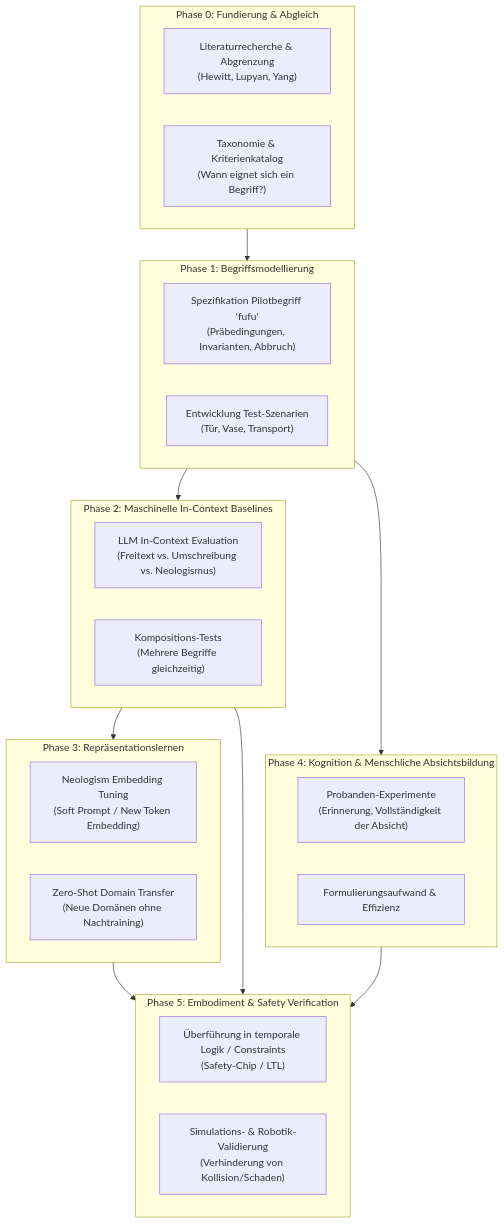
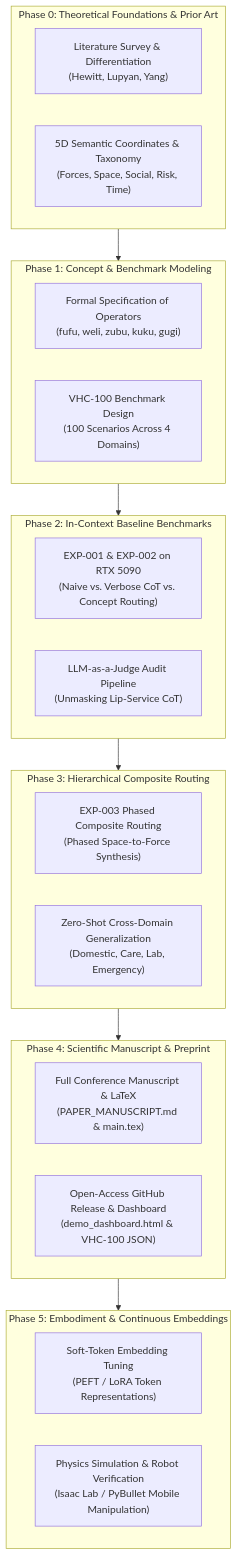
One commit to CodiBasti/LingualCompositeLearning changed the diagram in dev/RESEARCH_MAP.md. Above: the diagram before and after it, drawn with Mermaid. The commit also changed other lines of this file and 46 other files, not shown here.

Commit message:
docs: complete full English internationalization across all documentation, benchmarks, concepts, and reports

````diff
--- a/dev/RESEARCH_MAP.md
+++ b/dev/RESEARCH_MAP.md
@@ -5,40 +5,38 @@
 ```mermaid
 flowchart TD
-    subgraph Phase0["Phase 0: Fundierung & Abgleich"]
-        P0_Lit["Literaturrecherche & Abgrenzung<br/>(Hewitt, Lupyan, Yang)"]
-        P0_Tax["Taxonomie & Kriterienkatalog<br/>(Wann eignet sich ein Begriff?)"]
+    subgraph Phase0["Phase 0: Theoretical Foundations & Prior Art"]
+        P0_Lit["Literature Survey & Differentiation<br/>(Hewitt, Lupyan, Yang)"]
+        P0_Tax["5D Semantic Coordinates & Taxonomy<br/>(Forces, Space, Social, Risk, Time)"]
     end
 
-    subgraph Phase1["Phase 1: Begriffsmodellierung"]
-        P1_Fufu["Spezifikation Pilotbegriff 'fufu'<br/>(Präbedingungen, Invarianten, Abbruch)"]
-        P1_Scen["Entwicklung Test-Szenarien<br/>(Tür, Vase, Transport)"]
+    subgraph Phase1["Phase 1: Concept & Benchmark Modeling"]
+        P1_Fufu["Formal Specification of Operators<br/>(fufu, weli, zubu, kuku, gugi)"]
+        P1_Scen["VHC-100 Benchmark Design<br/>(100 Scenarios Across 4 Domains)"]
     end
 
-    subgraph Phase2["Phase 2: Maschinelle In-Context Baselines"]
-        P2_LLM["LLM In-Context Evaluation<br/>(Freitext vs. Umschreibung vs. Neologismus)"]
-        P2_Comp["Kompositions-Tests<br/>(Mehrere Begriffe gleichzeitig)"]
+    subgraph Phase2["Phase 2: In-Context Baseline Benchmarks"]
+        P2_LLM["EXP-001 & EXP-002 on RTX 5090<br/>(Naive vs. Verbose CoT vs. Concept Routing)"]
+        P2_Comp["LLM-as-a-Judge Audit Pipeline<br/>(Unmasking Lip-Service CoT)"]
     end
 
-    subgraph Phase3["Phase 3: Repräsentationslernen"]
-        P3_Embed["Neologism Embedding Tuning<br/>(Soft Prompt / New Token Embedding)"]
-        P3_Transfer["Zero-Shot Domain Transfer<br/>(Neue Domänen ohne Nachtraining)"]
+    subgraph Phase3["Phase 3: Hierarchical Composite Routing"]
+        P3_Embed["EXP-003 Phased Composite Routing<br/>(Phased Space-to-Force Synthesis)"]
+        P3_Transfer["Zero-Shot Cross-Domain Generalization<br/>(Domestic, Care, Lab, Emergency)"]
     end
 
-    subgraph Phase4["Phase 4: Kognition & Menschliche Absichtsbildung"]
-        P4_Study["Probanden-Experimente<br/>(Erinnerung, Vollständigkeit der Absicht)"]
-        P4_Form["Formulierungsaufwand & Effizienz"]
+    subgraph Phase4["Phase 4: Scientific Manuscript & Preprint"]
+        P4_Study["Full Conference Manuscript & LaTeX<br/>(PAPER_MANUSCRIPT.md & main.tex)"]
+        P4_Form["Open-Access GitHub Release & Dashboard<br/>(demo_dashboard.html & VHC-100 JSON)"]
     end
 
-    subgraph Phase5["Phase 5: Embodiment & Safety Verification"]
-        P5_Logic["Überführung in temporale Logik / Constraints<br/>(Safety-Chip / LTL)"]
-        P5_Sim["Simulations- & Robotik-Validierung<br/>(Verhinderung von Kollision/Schaden)"]
+    subgraph Phase5["Phase 5: Embodiment & Continuous Embeddings"]
+        P5_Logic["Soft-Token Embedding Tuning<br/>(PEFT / LoRA Token Representations)"]
+        P5_Sim["Physics Simulation & Robot Verification<br/>(Isaac Lab / PyBullet Mobile Manipulation)"]
     end
 
     Phase0 --> Phase1
     Phase1 --> Phase2
-    Phase1 --> Phase4
     Phase2 --> Phase3
-    Phase3 --> Phase5
-    Phase2 --> Phase5
+    Phase3 --> Phase4
     Phase4 --> Phase5
 ```
````
